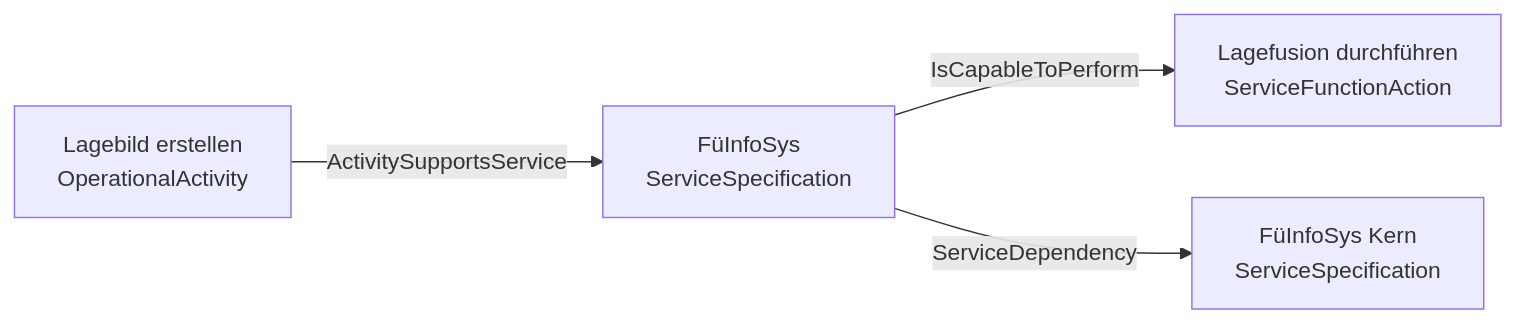
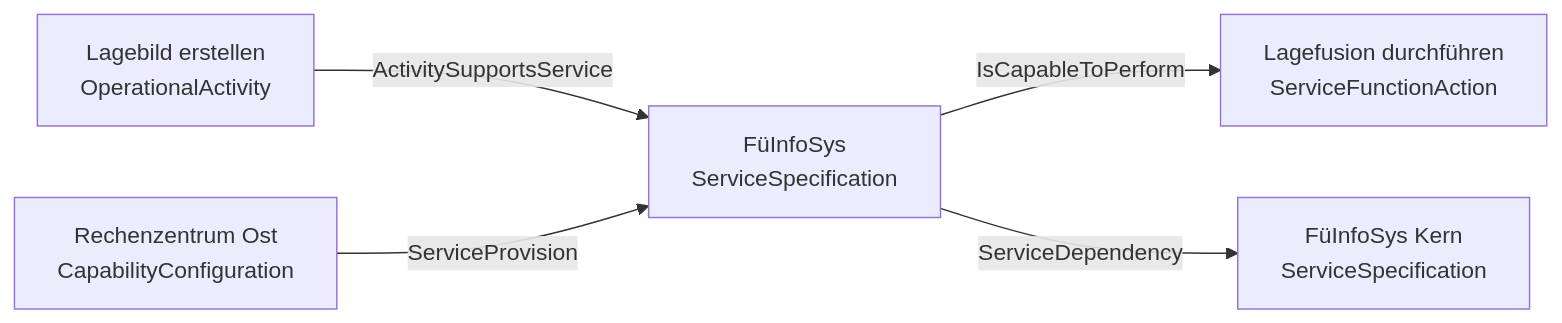
The diagram in system_prompt.md (Mitchel85/EAM-AI-ADMBw-Extractor), drawn with Mermaid before and after one commit. The commit also changed other lines of this file and 6 other files, not shown here.

````diff
--- a/system_prompt.md
+++ b/system_prompt.md
@@ -161,6 +186,7 @@
 ```mermaid
 graph LR
   A["Lagebild erstellen<br/>OperationalActivity"] -->|ActivitySupportsService| B["FüInfoSys<br/>ServiceSpecification"]
   B -->|IsCapableToPerform| C["Lagefusion durchführen<br/>ServiceFunctionAction"]
   B -->|ServiceDependency| D["FüInfoSys Kern<br/>ServiceSpecification"]
+  E["Rechenzentrum Ost<br/>CapabilityConfiguration"] -->|ServiceProvision| B
 ```
````
